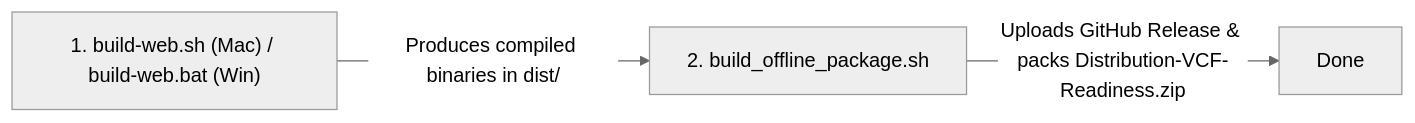
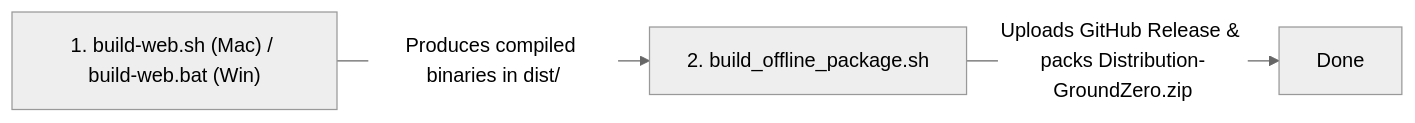
The third of 4 diagrams in ARCHITECTURE.md (djsincla/GroundZero), drawn with Mermaid (neutral theme) before and after one commit. The commit also changed other lines of this file and 374 other files, not shown here.

First line of the commit message:
Rename project to GroundZero (package vcf_hci → groundzero)

````diff
--- a/ARCHITECTURE.md
+++ b/ARCHITECTURE.md
@@ -699,5 +699,5 @@
 ```mermaid
 flowchart LR
     Step1["1. build-web.sh (Mac) / build-web.bat (Win)"] -->|"Produces compiled binaries in dist/"| Step2["2. build_offline_package.sh"]
-    Step2 -->|"Uploads GitHub Release & packs Distribution-VCF-Readiness.zip"| Step3["Done"]
+    Step2 -->|"Uploads GitHub Release & packs Distribution-GroundZero.zip"| Step3["Done"]
 ```
````
